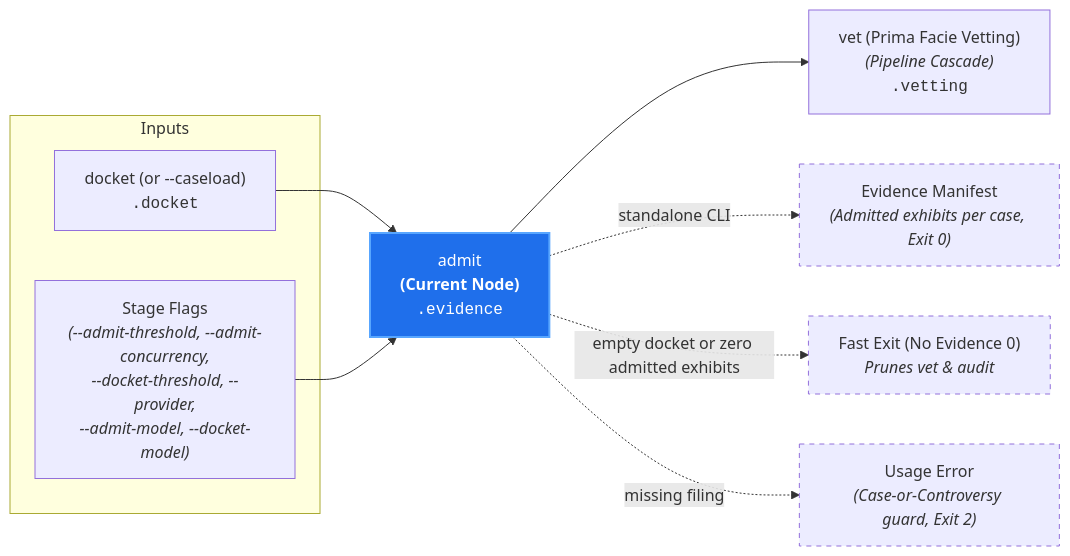
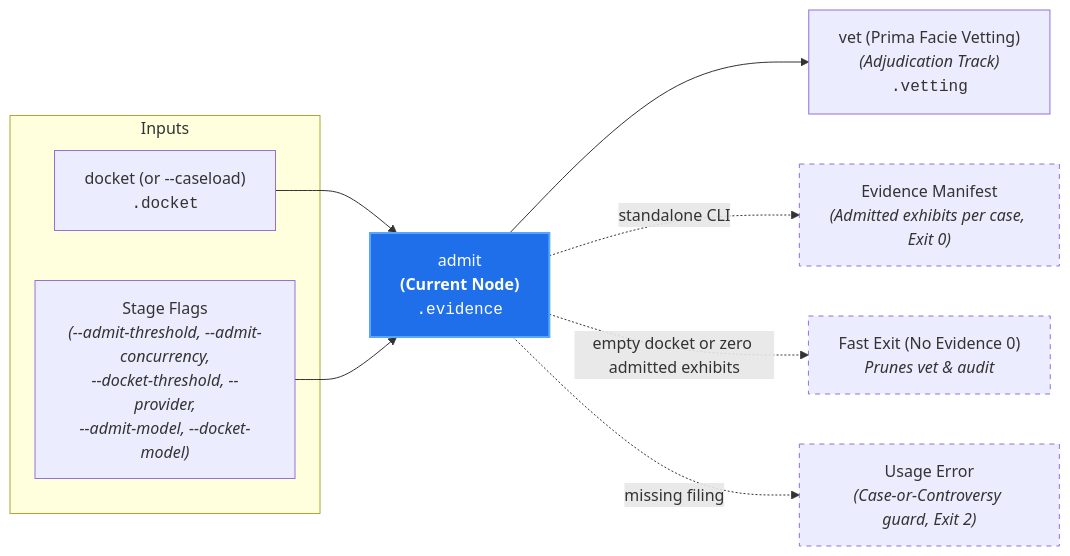
One commit to PAIR-code/canon-clerk changed the diagram in docs/architecture/nodes/admit.md. Above: the diagram before and after it, drawn with Mermaid. The commit also changed other lines of this file and 18 other files, not shown here.

````diff
--- a/docs/architecture/nodes/admit.md
+++ b/docs/architecture/nodes/admit.md
@@ -22,20 +22,20 @@
 ```mermaid
 flowchart LR
     subgraph Inputs["Inputs"]
         Docket["docket (or --caseload)<br/><code>.docket</code>"]
         Params["Stage Flags<br/><i>(--admit-threshold, --admit-concurrency,<br/>--docket-threshold, --provider,<br/>--admit-model, --docket-model)</i>"]
     end
 
     Docket --> Admit["admit<br/><b>(Current Node)</b><br/><code>.evidence</code>"]
     Params --> Admit
 
-    Admit --> Vet["vet (Prima Facie Vetting)<br/><i>(Pipeline Cascade)</i><br/><code>.vetting</code>"]
+    Admit --> Vet["vet (Prima Facie Vetting)<br/><i>(Adjudication Track)</i><br/><code>.vetting</code>"]
     Admit -. "standalone CLI" .-> AdmitReport["Evidence Manifest<br/><i>(Admitted exhibits per case, Exit 0)</i>"]
     Admit -. "empty docket or zero admitted exhibits" .-> ZeroExhibits["Fast Exit (No Evidence 0)<br/><i>Prunes vet & audit</i>"]
     Admit -. "missing filing" .-> UsageError["Usage Error<br/><i>(Case-or-Controversy guard, Exit 2)</i>"]
 
     style Admit fill:#1f6feb,stroke:#58a6ff,stroke-width:2px,color:#fff
     style AdmitReport stroke-dasharray: 5 5
     style ZeroExhibits stroke-dasharray: 5 5
     style UsageError stroke-dasharray: 5 5
 ```
````
